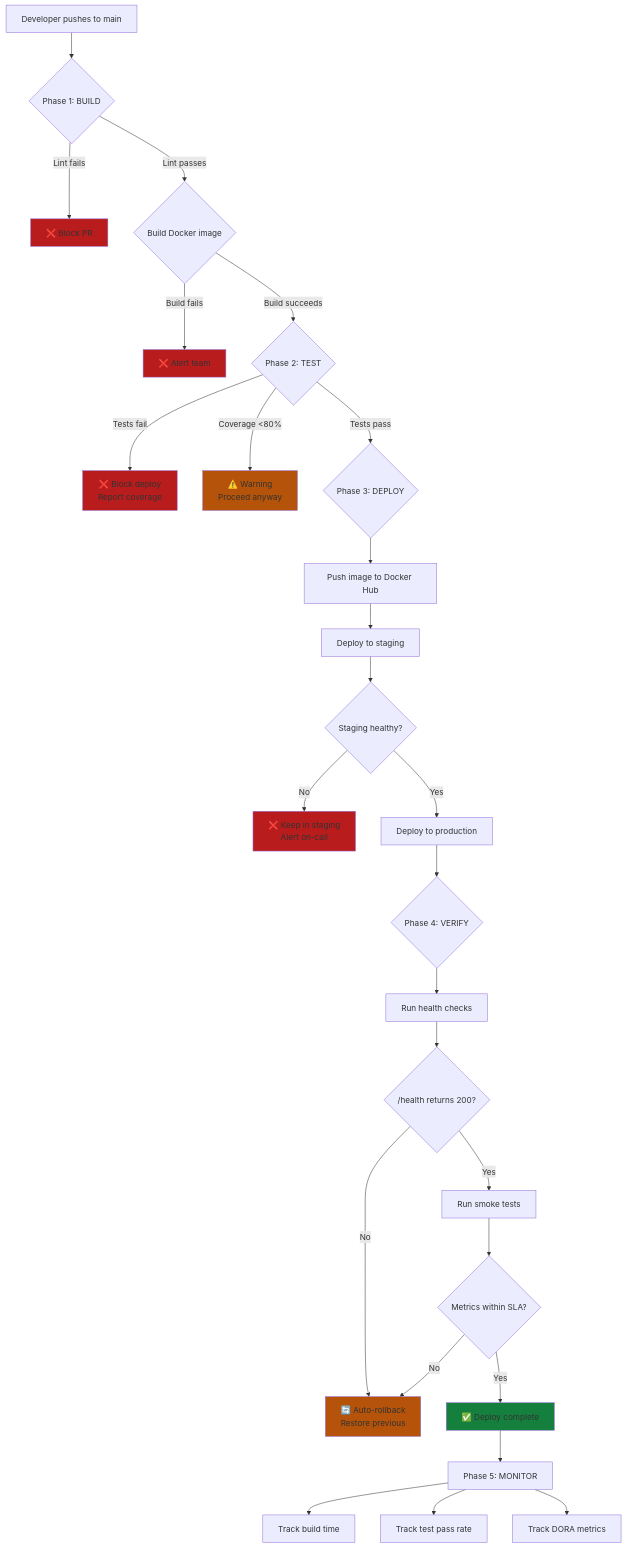
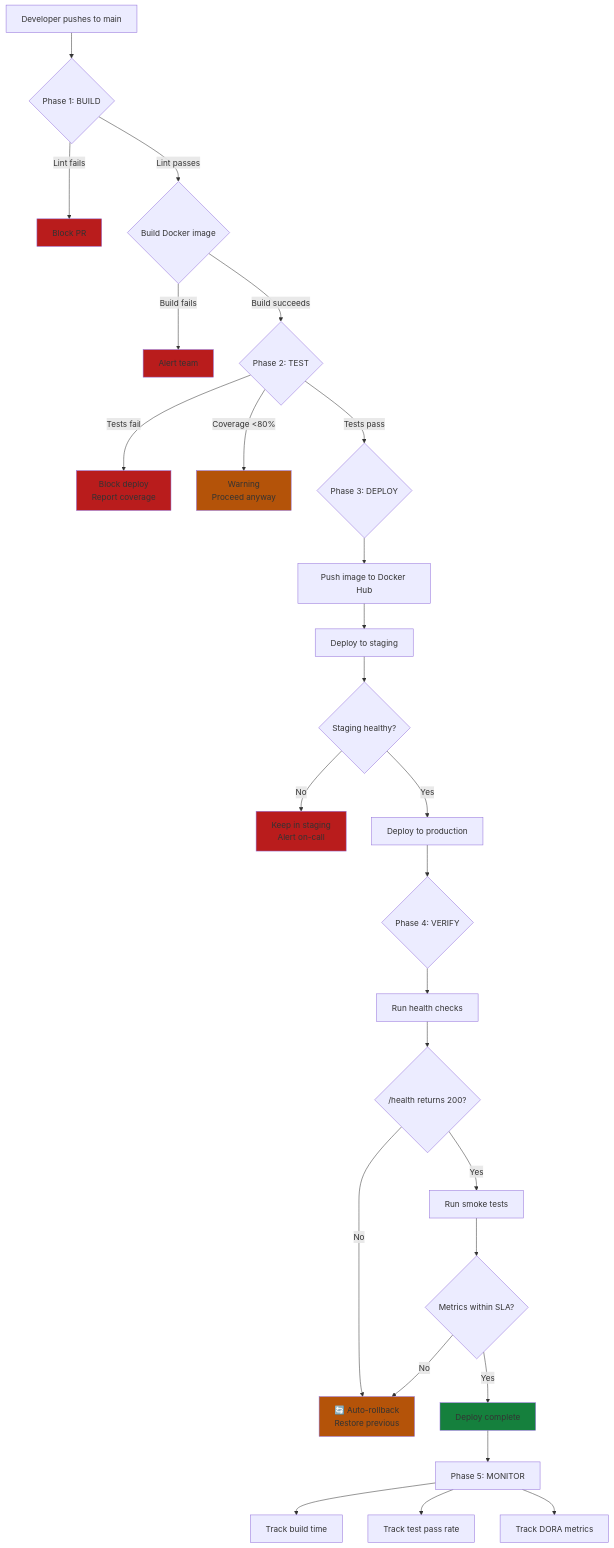
One commit to dsgouda7/ai-portfolio changed the diagram in notes/07-devops-fundamentals/ch04-cicd-pipelines/README.md. Above: the diagram before and after it, drawn with Mermaid. The commit also changed other lines of this file and 179 other files, not shown here.

````diff
--- a/notes/07-devops-fundamentals/ch04-cicd-pipelines/README.md
+++ b/notes/07-devops-fundamentals/ch04-cicd-pipelines/README.md
@@ -166,40 +165,40 @@
 ```mermaid
 graph TD
-    A[Developer pushes to main] --> B{Phase 1: BUILD}
-    B -->|Lint fails| X1[❌ Block PR]
-    B -->|Lint passes| C{Build Docker image}
-    C -->|Build fails| X2[❌ Alert team]
-    C -->|Build succeeds| D{Phase 2: TEST}
+ A[Developer pushes to main] --> B{Phase 1: BUILD}
+ B -->|Lint fails| X1[ Block PR]
+ B -->|Lint passes| C{Build Docker image}
+ C -->|Build fails| X2[ Alert team]
+ C -->|Build succeeds| D{Phase 2: TEST}
 
-    D -->|Tests fail| X3[❌ Block deploy<br/>Report coverage]
-    D -->|Coverage <80%| X4[⚠️ Warning<br/>Proceed anyway]
-    D -->|Tests pass| E{Phase 3: DEPLOY}
+ D -->|Tests fail| X3[ Block deploy<br/>Report coverage]
+ D -->|Coverage <80%| X4[ Warning<br/>Proceed anyway]
+ D -->|Tests pass| E{Phase 3: DEPLOY}
 
-    E --> F[Push image to Docker Hub]
-    F --> G[Deploy to staging]
-    G --> H{Staging healthy?}
-    H -->|No| X5[❌ Keep in staging<br/>Alert on-call]
-    H -->|Yes| I[Deploy to production]
+ E --> F[Push image to Docker Hub]
+ F --> G[Deploy to staging]
+ G --> H{Staging healthy?}
+ H -->|No| X5[ Keep in staging<br/>Alert on-call]
+ H -->|Yes| I[Deploy to production]
 
-    I --> J{Phase 4: VERIFY}
-    J --> K[Run health checks]
-    K --> L{/health returns 200?}
-    L -->|No| M[🔄 Auto-rollback<br/>Restore previous]
-    L -->|Yes| N[Run smoke tests]
-    N --> O{Metrics within SLA?}
-    O -->|No| M
-    O -->|Yes| P[✅ Deploy complete]
+ I --> J{Phase 4: VERIFY}
+ J --> K[Run health checks]
+ K --> L{/health returns 200?}
+ L -->|No| M[🔄 Auto-rollback<br/>Restore previous]
+ L -->|Yes| N[Run smoke tests]
+ N --> O{Metrics within SLA?}
+ O -->|No| M
+ O -->|Yes| P[ Deploy complete]
 
-    P --> Q[Phase 5: MONITOR]
-    Q --> R[Track build time]
-    Q --> S[Track test pass rate]
-    Q --> T[Track DORA metrics]
+ P --> Q[Phase 5: MONITOR]
+ Q --> R[Track build time]
+ Q --> S[Track test pass rate]
+ Q --> T[Track DORA metrics]
 
-    style X1 fill:#b91c1c
-    style X2 fill:#b91c1c
-    style X3 fill:#b91c1c
-    style X4 fill:#b45309
-    style X5 fill:#b91c1c
-    style M fill:#b45309
-    style P fill:#15803d
+ style X1 fill:#b91c1c
+ style X2 fill:#b91c1c
+ style X3 fill:#b91c1c
+ style X4 fill:#b45309
+ style X5 fill:#b91c1c
+ style M fill:#b45309
+ style P fill:#15803d
 ```
````
